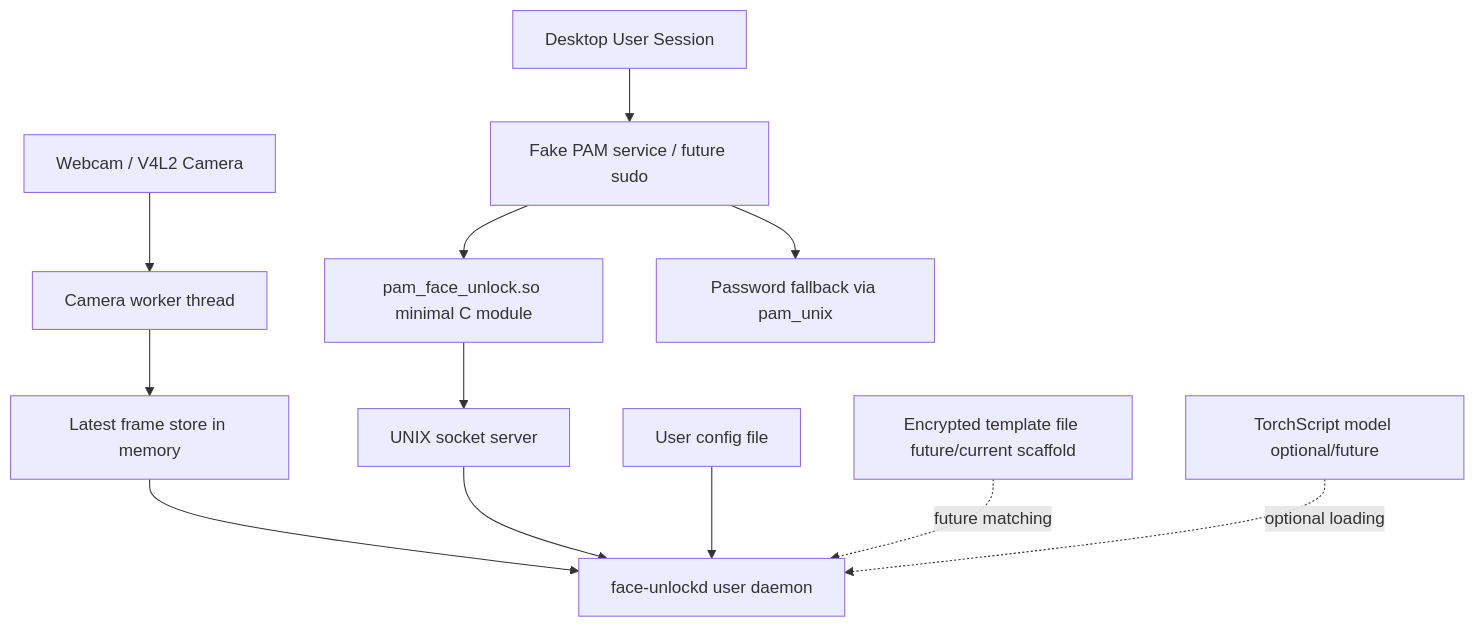
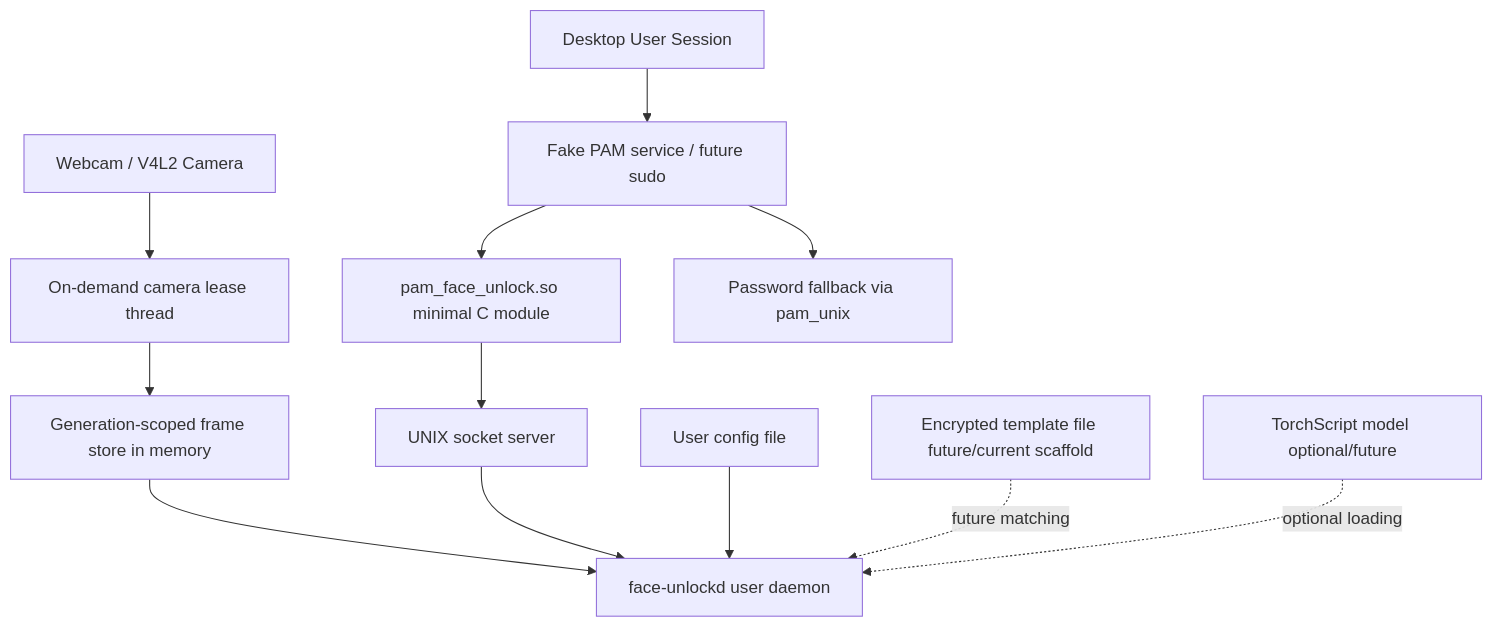
The first of 5 diagrams in docs/architecture.md (justneeraj12/face-unlock-linux), drawn with Mermaid before and after one commit. The commit also changed other lines of this file and 15 other files, not shown here.

Commit message:
Make daemon camera access on demand

````diff
--- a/docs/architecture.md
+++ b/docs/architecture.md
@@ -60,32 +60,32 @@
 ```mermaid
 flowchart TD
     User[Desktop User Session]
 
     Camera[Webcam / V4L2 Camera]
     Daemon[face-unlockd user daemon]
-    Worker[Camera worker thread]
-    FrameStore[Latest frame store in memory]
+    Worker[On-demand camera lease thread]
+    FrameStore[Generation-scoped frame store in memory]
     Socket[UNIX socket server]
     Config[User config file]
     Template[Encrypted template file future/current scaffold]
     Model[TorchScript model optional/future]
 
     PAMService[Fake PAM service / future sudo]
     PAM[pam_face_unlock.so minimal C module]
     Password[Password fallback via pam_unix]
 
     User --> PAMService
     PAMService --> PAM
     PAM --> Socket
     Socket --> Daemon
 
     Camera --> Worker
     Worker --> FrameStore
     FrameStore --> Daemon
 
     Config --> Daemon
     Template -. future matching .-> Daemon
     Model -. optional loading .-> Daemon
 
     PAMService --> Password
 ```
````
